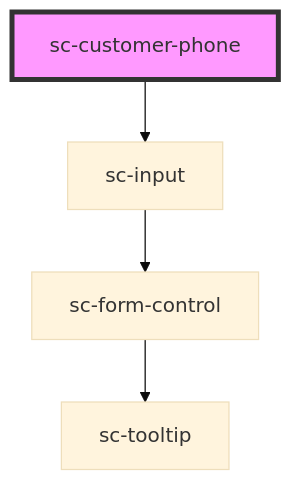
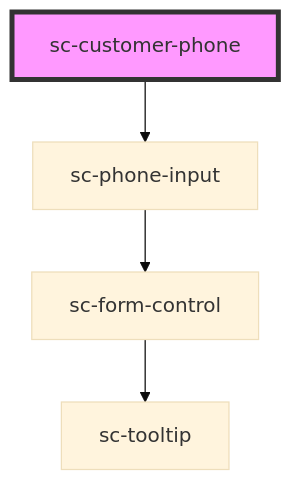
One commit to surecart/surecart-wp-plugin changed the diagram in packages/components/src/components/controllers/checkout-form/customer-phone/readme.md. Above: the diagram before and after it, drawn with Mermaid (base theme). The commit also changed other lines of this file and 11 other files, not shown here.

````diff
--- a/packages/components/src/components/controllers/checkout-form/customer-phone/readme.md
+++ b/packages/components/src/components/controllers/checkout-form/customer-phone/readme.md
@@ -63,7 +59,7 @@
 ```mermaid
 graph TD;
-  sc-customer-phone --> sc-input
-  sc-input --> sc-form-control
+  sc-customer-phone --> sc-phone-input
+  sc-phone-input --> sc-form-control
   sc-form-control --> sc-tooltip
   style sc-customer-phone fill:#f9f,stroke:#333,stroke-width:4px
 ```
````
